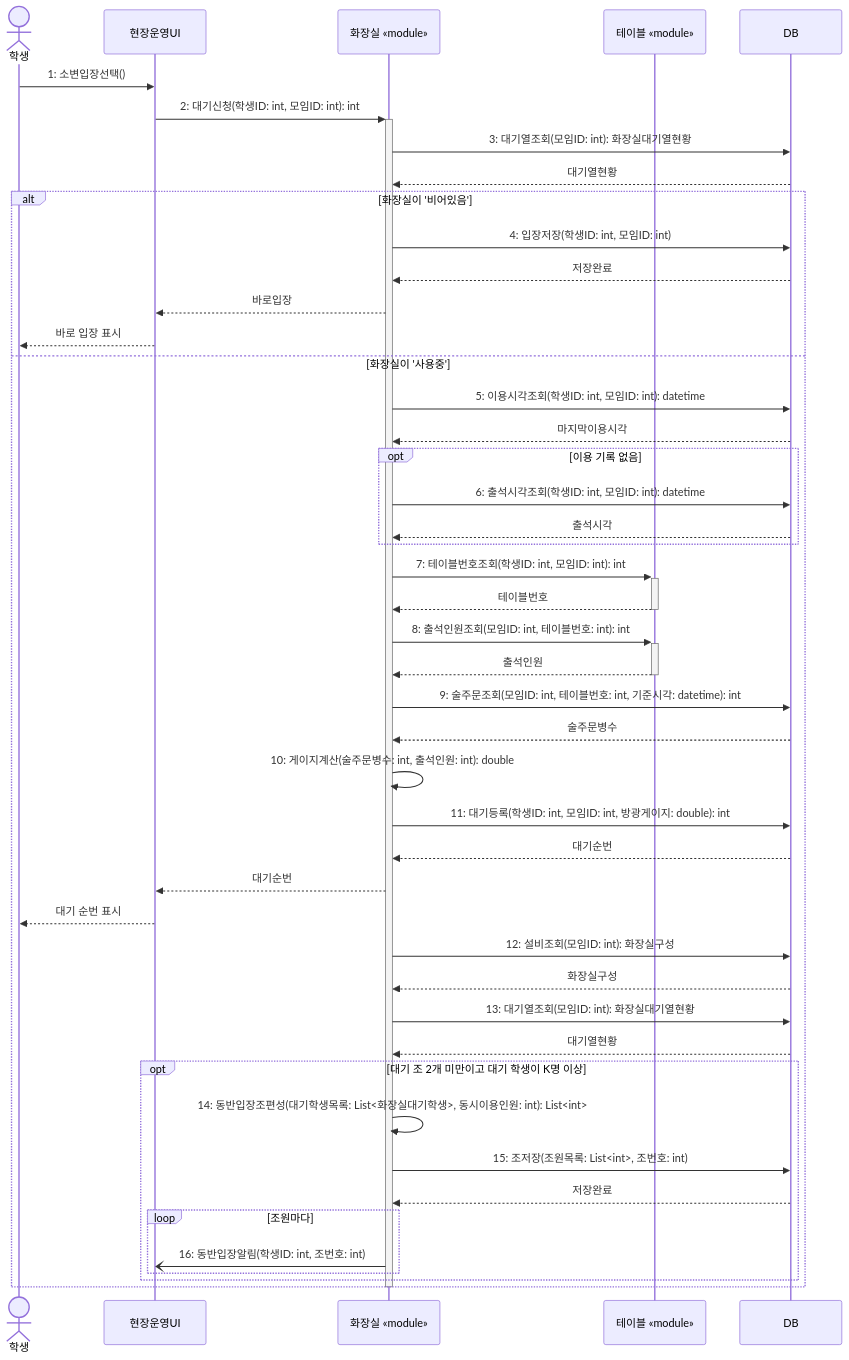
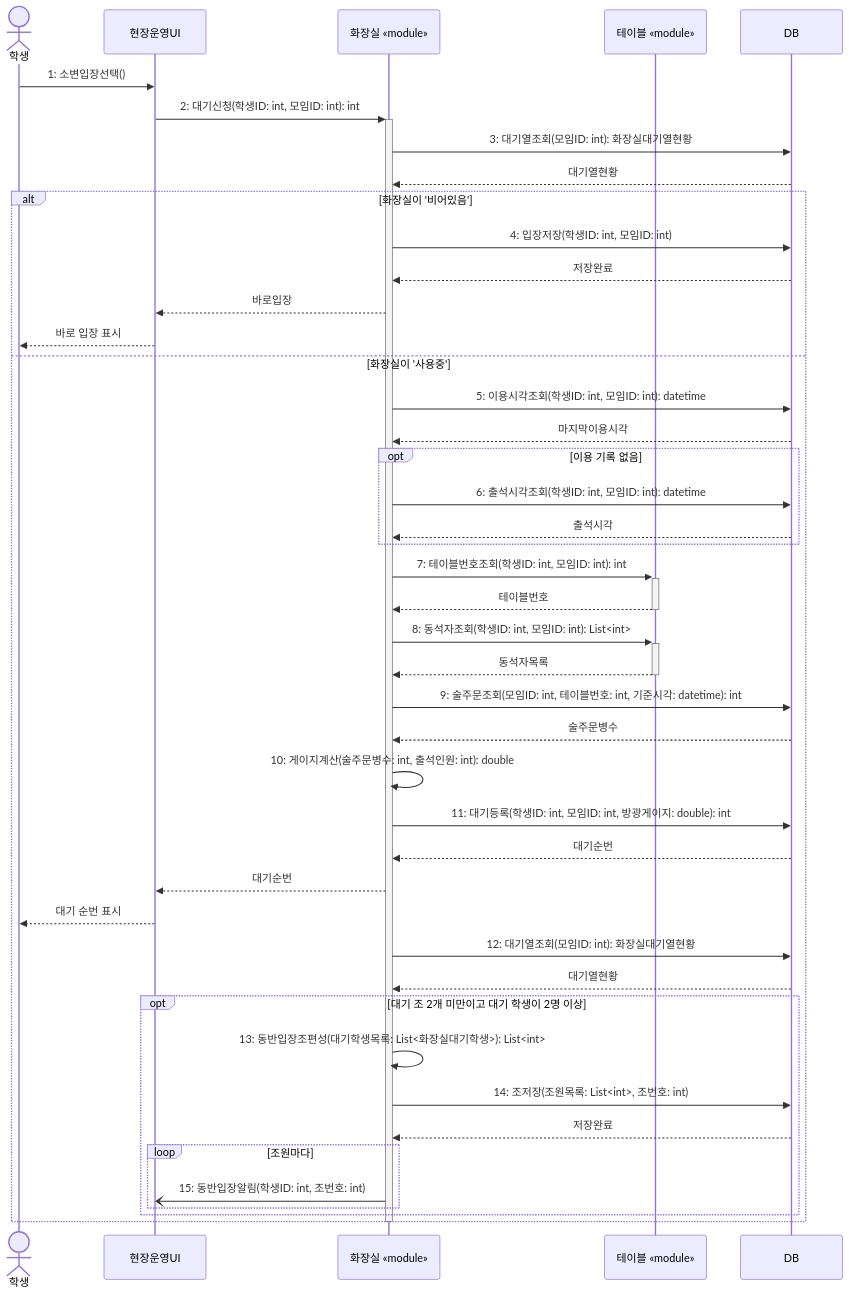
One commit to hojae3/sw-engineering-16 changed the diagram in draft/hojae/18-final/seq-18-1.md. Above: the diagram before and after it, drawn with Mermaid. The commit also changed other lines of this file and 2 other files, not shown here.

Commit message:
[draft] 호재 18-1: 한 조 2명 상수로 설비조회 삭제, 출석인원을 테이블 동석자조회(7·10번과 같은 함수)로 변경

````diff
--- a/draft/hojae/18-final/seq-18-1.md
+++ b/draft/hojae/18-final/seq-18-1.md
@@ -27,52 +27,50 @@
 ```mermaid
 sequenceDiagram
     actor 학생
     participant 화면 as 현장운영UI
     participant 화장실 as 화장실 «module»
     participant 테이블 as 테이블 «module»
     participant DB as DB
 
     학생->>화면: 1: 소변입장선택()
     화면->>+화장실: 2: 대기신청(학생ID: int, 모임ID: int): int
     화장실->>DB: 3: 대기열조회(모임ID: int): 화장실대기열현황
     DB-->>화장실: 대기열현황
 
     alt 화장실이 '비어있음'
         화장실->>DB: 4: 입장저장(학생ID: int, 모임ID: int)
         DB-->>화장실: 저장완료
         화장실-->>화면: 바로입장
         화면-->>학생: 바로 입장 표시
     else 화장실이 '사용중'
         화장실->>DB: 5: 이용시각조회(학생ID: int, 모임ID: int): datetime
         DB-->>화장실: 마지막이용시각
         opt 이용 기록 없음
             화장실->>DB: 6: 출석시각조회(학생ID: int, 모임ID: int): datetime
             DB-->>화장실: 출석시각
         end
         화장실->>+테이블: 7: 테이블번호조회(학생ID: int, 모임ID: int): int
         테이블-->>-화장실: 테이블번호
-        화장실->>+테이블: 8: 출석인원조회(모임ID: int, 테이블번호: int): int
-        테이블-->>-화장실: 출석인원
+        화장실->>+테이블: 8: 동석자조회(학생ID: int, 모임ID: int): List<int>
+        테이블-->>-화장실: 동석자목록
         화장실->>DB: 9: 술주문조회(모임ID: int, 테이블번호: int, 기준시각: datetime): int
         DB-->>화장실: 술주문병수
         화장실->>화장실: 10: 게이지계산(술주문병수: int, 출석인원: int): double
         화장실->>DB: 11: 대기등록(학생ID: int, 모임ID: int, 방광게이지: double): int
         DB-->>화장실: 대기순번
         화장실-->>화면: 대기순번
         화면-->>학생: 대기 순번 표시
 
-        화장실->>DB: 12: 설비조회(모임ID: int): 화장실구성
-        DB-->>화장실: 화장실구성
-        화장실->>DB: 13: 대기열조회(모임ID: int): 화장실대기열현황
+        화장실->>DB: 12: 대기열조회(모임ID: int): 화장실대기열현황
         DB-->>화장실: 대기열현황
-        opt 대기 조 2개 미만이고 대기 학생이 K명 이상
-            화장실->>화장실: 14: 동반입장조편성(대기학생목록: List<화장실대기학생>, 동시이용인원: int): List<int>
-            화장실->>DB: 15: 조저장(조원목록: List<int>, 조번호: int)
+        opt 대기 조 2개 미만이고 대기 학생이 2명 이상
+            화장실->>화장실: 13: 동반입장조편성(대기학생목록: List<화장실대기학생>): List<int>
+            화장실->>DB: 14: 조저장(조원목록: List<int>, 조번호: int)
             DB-->>화장실: 저장완료
             loop 조원마다
-                화장실-)화면: 16: 동반입장알림(학생ID: int, 조번호: int)
+                화장실-)화면: 15: 동반입장알림(학생ID: int, 조번호: int)
             end
         end
     end
     deactivate 화장실
 ```
````
